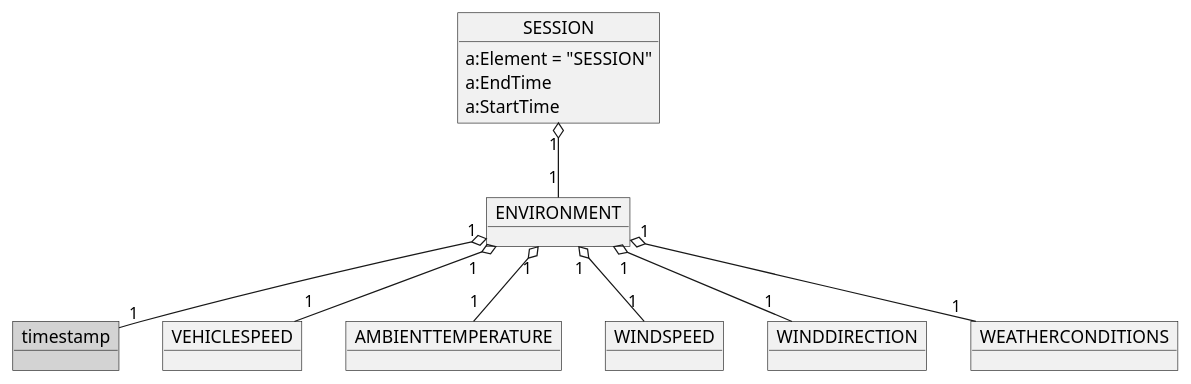
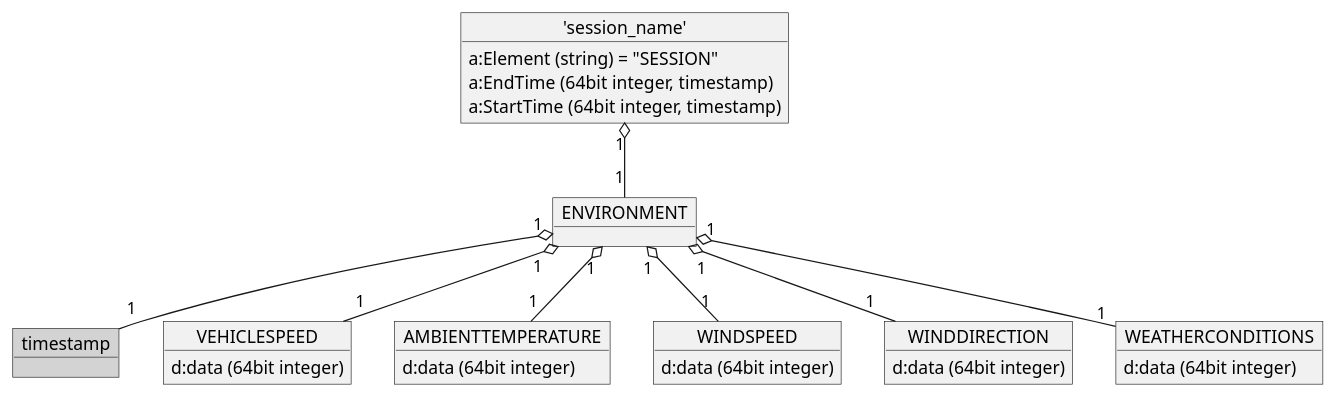
One commit to OpenRailAssociation/rcm-dx changed the sixth of 9 diagrams in images.puml. Above: the diagram before and after it, drawn with PlantUML. The commit also changed other lines of this file and 8 other files, not shown here.

```diff
--- a/images.puml
+++ b/images.puml
@@ -289,26 +295,41 @@
 @startuml RCM_DX_Environment_overview
 
-  object SESSION {
-    a:Element = "SESSION"
-    a:EndTime
-    a:StartTime
+  object "'session_name'" as session_name {
+    a:Element (string) = "SESSION"
+    a:EndTime (64bit integer, timestamp)
+    a:StartTime (64bit integer, timestamp)
   }
 
   object ENVIRONMENT 
 
   object timestamp #LightGray
-  object VEHICLESPEED
-  object AMBIENTTEMPERATURE
-  object WINDSPEED
-  object WINDDIRECTION
-  object WEATHERCONDITIONS
 
-  SESSION "1" o-- "1" ENVIRONMENT
+  object VEHICLESPEED {
+    d:data (64bit integer)
+  }
+
+  object AMBIENTTEMPERATURE {
+    d:data (64bit integer)
+  }
+
+  object WINDSPEED {
+    d:data (64bit integer)
+  }
+
+  object WINDDIRECTION {
+    d:data (64bit integer)
+  }
+
+  object WEATHERCONDITIONS {
+    d:data (64bit integer)
+  }
+
+  session_name "1" o-- "1" ENVIRONMENT
   ENVIRONMENT "1" o-- "1" VEHICLESPEED
   ENVIRONMENT "1" o-- "1" AMBIENTTEMPERATURE
   ENVIRONMENT "1" o-- "1" WINDSPEED
   ENVIRONMENT "1" o-- "1" WINDDIRECTION
   ENVIRONMENT "1" o-- "1" WEATHERCONDITIONS
   ENVIRONMENT "1" o-- "1" timestamp
 
 @enduml
```
